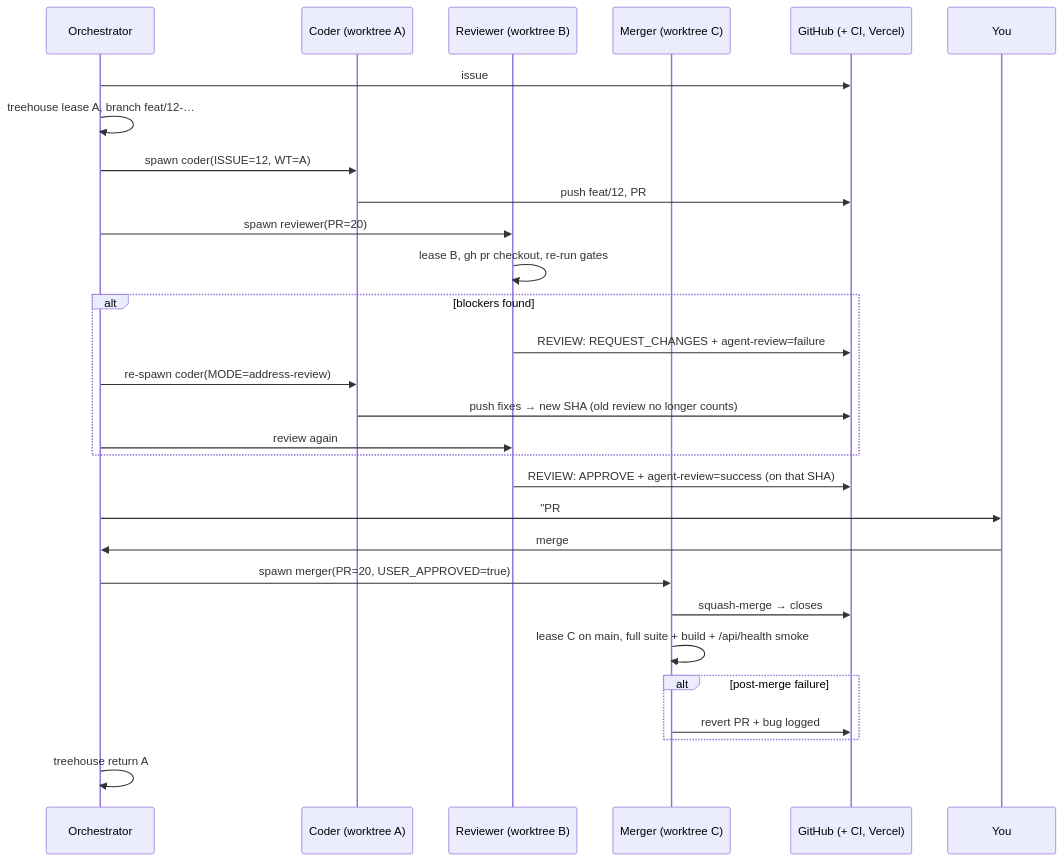
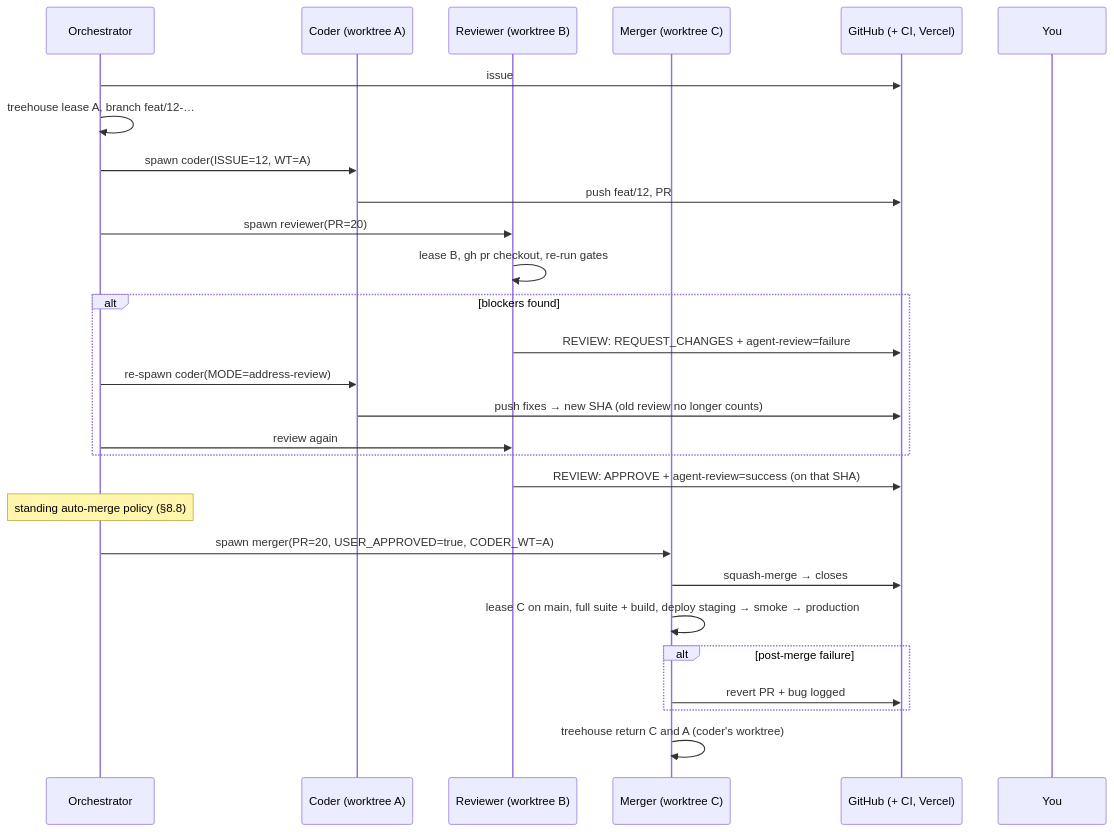
Before and after one commit to dangnguyenducanh/Zalo-Tele-intergrated-financial-apps: the diagram in docs/08-agent-workflow.md, drawn with Mermaid. The commit also changed other lines of this file and 8 other files, not shown here.

````diff
--- a/docs/08-agent-workflow.md
+++ b/docs/08-agent-workflow.md
@@ -34,31 +34,30 @@
 ```mermaid
 sequenceDiagram
     participant O as Orchestrator
     participant C as Coder (worktree A)
     participant R as Reviewer (worktree B)
     participant M as Merger (worktree C)
     participant G as GitHub (+ CI, Vercel)
     participant U as You
     O->>G: issue #12 ready (status:ready)
     O->>O: treehouse lease A, branch feat/12-…
     O->>C: spawn coder(ISSUE=12, WT=A)
     C->>G: push feat/12, PR #20 (status:in-review) → CI runs
     O->>R: spawn reviewer(PR=20)
     R->>R: lease B, gh pr checkout, re-run gates
     alt blockers found
         R->>G: REVIEW: REQUEST_CHANGES + agent-review=failure
         O->>C: re-spawn coder(MODE=address-review)
         C->>G: push fixes → new SHA (old review no longer counts)
         O->>R: review again
     end
     R->>G: REVIEW: APPROVE + agent-review=success (on that SHA)
-    O->>U: "PR #20 ready: <how it works>. Merge?"
-    U->>O: merge #20
-    O->>M: spawn merger(PR=20, USER_APPROVED=true)
-    M->>G: squash-merge → closes #12 → Vercel deploys main
-    M->>M: lease C on main, full suite + build + /api/health smoke
+    Note over O: standing auto-merge policy (§8.8)
+    O->>M: spawn merger(PR=20, USER_APPROVED=true, CODER_WT=A)
+    M->>G: squash-merge → closes #12
+    M->>M: lease C on main, full suite + build, deploy staging → smoke → production
     alt post-merge failure
         M->>G: revert PR + bug logged
     end
-    O->>O: treehouse return A
+    M->>M: treehouse return C and A (coder's worktree)
 ```
````
